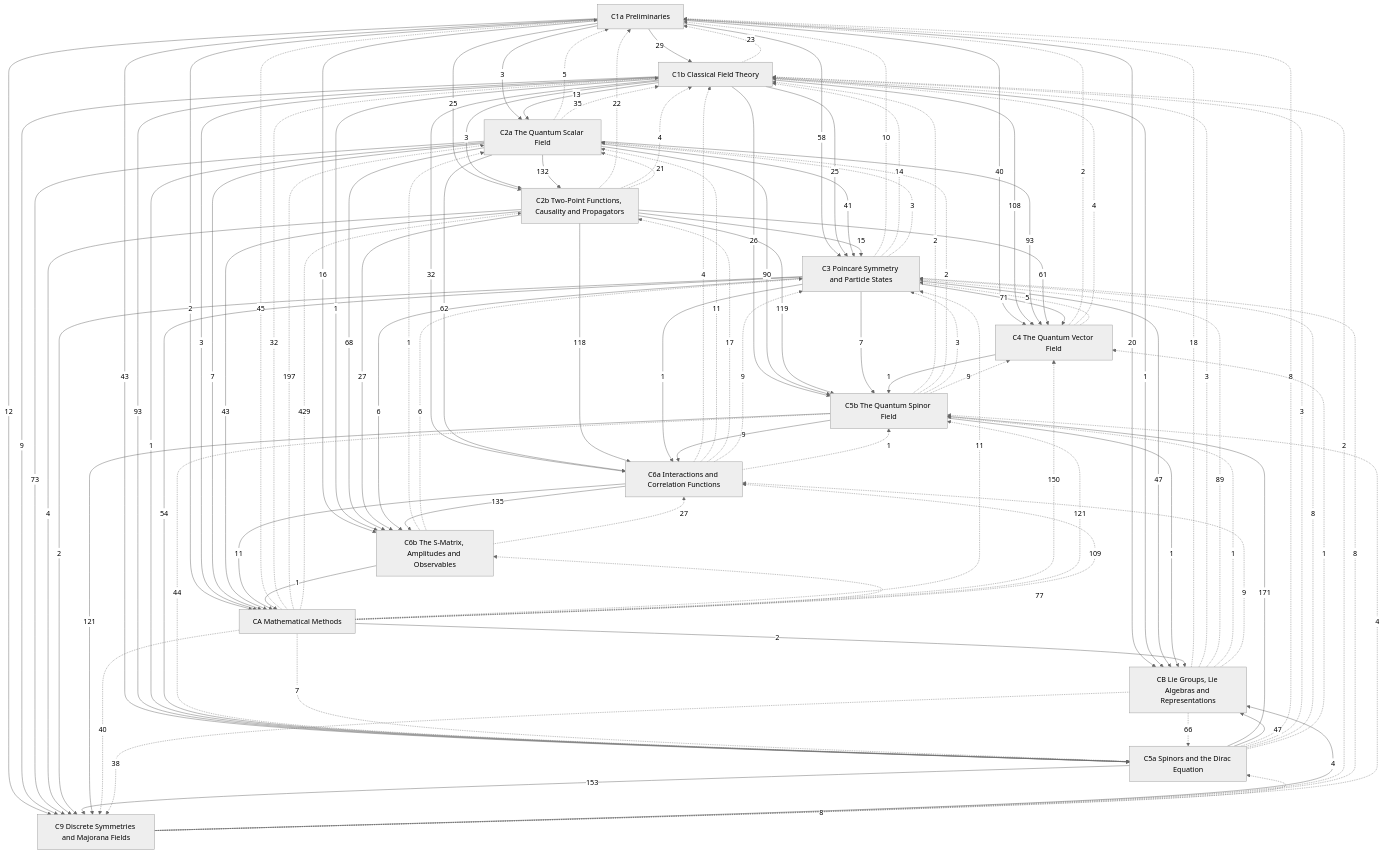
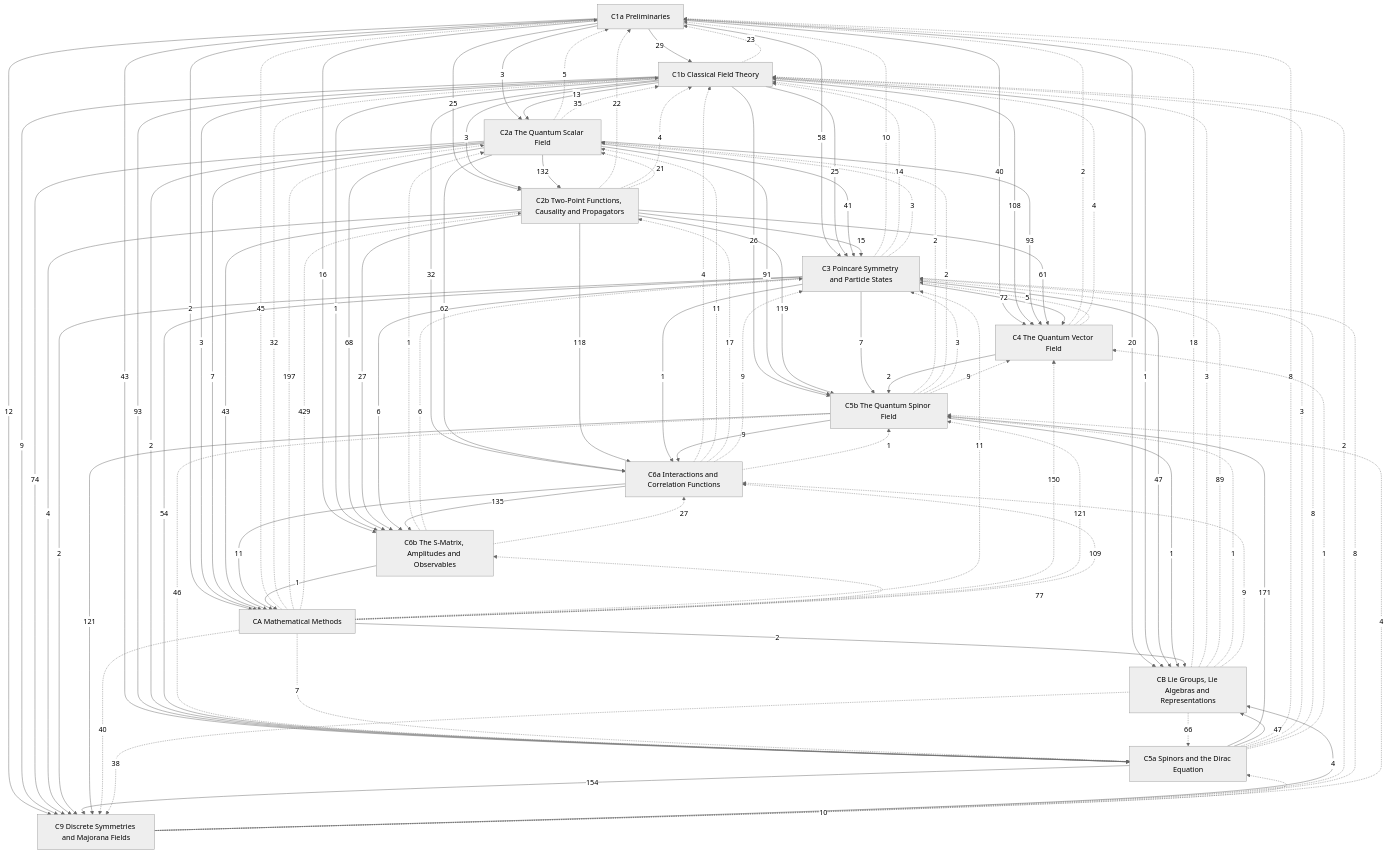
One commit to Onion20040508/notes changed the diagram in Physics/Quantum Field Theory/Quantum Field Theory.md. Above: the diagram before and after it, drawn with Mermaid (neutral theme). The commit also changed 29 other files, not shown here.

```diff
--- a/Physics/Quantum Field Theory/Quantum Field Theory.md
+++ b/Physics/Quantum Field Theory/Quantum Field Theory.md
@@ -58,16 +58,16 @@
   C1b -->|108| C4
   C2a -->|93| C4
   C2b -->|61| C4
-  C3 -->|71| C4
+  C3 -->|72| C4
   C1a -->|43| C5a
   C1b -->|93| C5a
-  C2a -->|1| C5a
+  C2a -->|2| C5a
   C3 -->|54| C5a
   C1b -->|26| C5b
-  C2a -->|90| C5b
+  C2a -->|91| C5b
   C2b -->|119| C5b
   C3 -->|7| C5b
-  C4 -->|1| C5b
+  C4 -->|2| C5b
   C5a -->|171| C5b
   C1b -->|32| C6a
   C2a -->|62| C6a
@@ -82,10 +82,10 @@
   C6a -->|135| C6b
   C1a -->|12| C9
   C1b -->|9| C9
-  C2a -->|73| C9
+  C2a -->|74| C9
   C2b -->|4| C9
   C3 -->|2| C9
-  C5a -->|153| C9
+  C5a -->|154| C9
   C5b -->|121| C9
   C1a -->|2| CA
   C1b -->|3| CA
@@ -137,8 +137,8 @@
   C5a -.->|1| C4
   C5b -.->|9| C4
   CA -.->|150| C4
-  C5b -.->|44| C5a
-  C9 -.->|8| C5a
+  C5b -.->|46| C5a
+  C9 -.->|10| C5a
   CA -.->|7| C5a
   CB -.->|66| C5a
   C6a -.->|1| C5b
```
